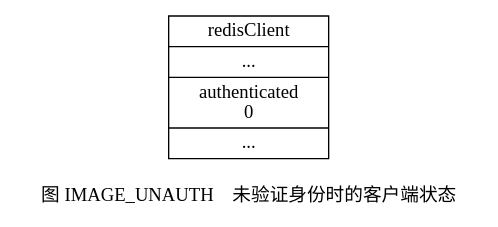
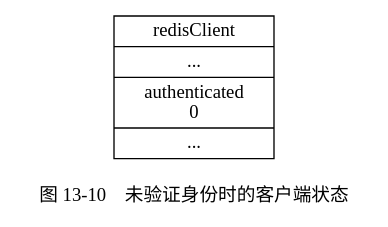
The eighth of 9 diagrams in preview/client/redis_client_property.rst (huangzworks/redisbook1e), drawn with Graphviz before and after one commit. The commit also changed other lines of this file and 4 other files, not shown here.

Commit message:
修正图 13-5 、14-3 和 14-6 ，感谢 凯旋冲锋 的提醒。

```diff
--- a/preview/client/redis_client_property.rst
+++ b/preview/client/redis_client_property.rst
@@ -646,13 +646,13 @@
 .. graphviz::
 
     digraph {
 
         rankdir = LR;
 
         node [shape = record];
 
         redisClient [label = " redisClient | ... | authenticated \n 0 | ... "];
 
-        label = "\n 图 IMAGE_UNAUTH    未验证身份时的客户端状态";
+        label = "\n 图 13-10    未验证身份时的客户端状态";
 
     }
```
